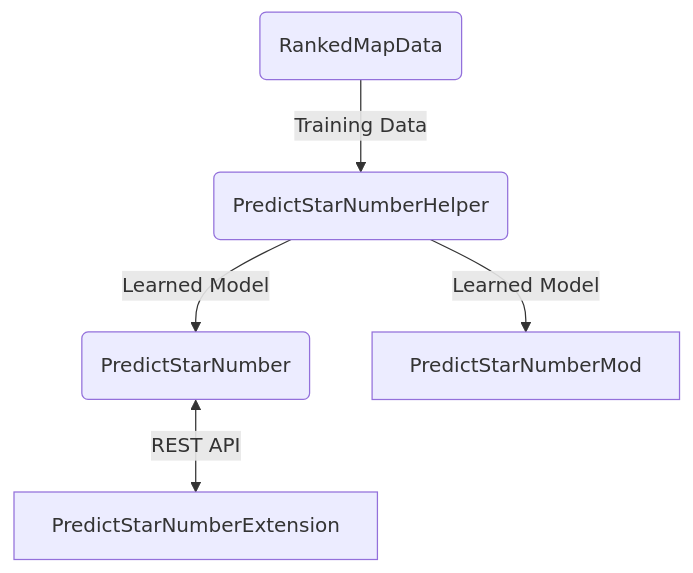
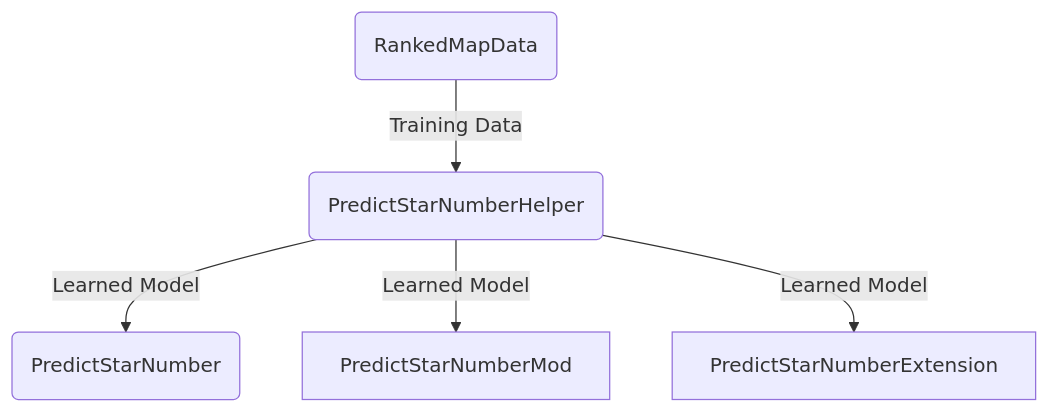
Before and after one commit to rakkyo150/PredictStarNumberMod: the diagram in README.md, drawn with Mermaid.

Commit message:
mermaidの図を更新

````diff
--- a/README.md
+++ b/README.md
@@ -17,7 +17,7 @@
 ```mermaid
 flowchart
     First(RankedMapData) -- Training Data --> Second(PredictStarNumberHelper)
     Second -- Learned Model --> Third(PredictStarNumber)
     Second -- Learned Model --> PredictStarNumberMod
-    Third <-- REST API --> PredictStarNumberExtension
+    Second -- Learned Model --> PredictStarNumberExtension
 ```
````
